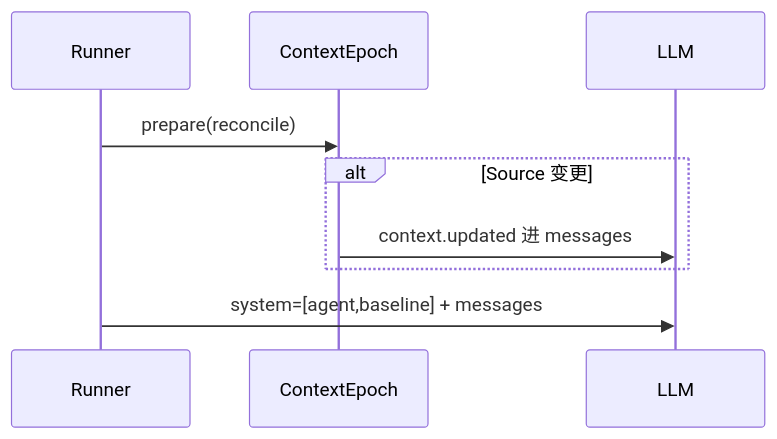
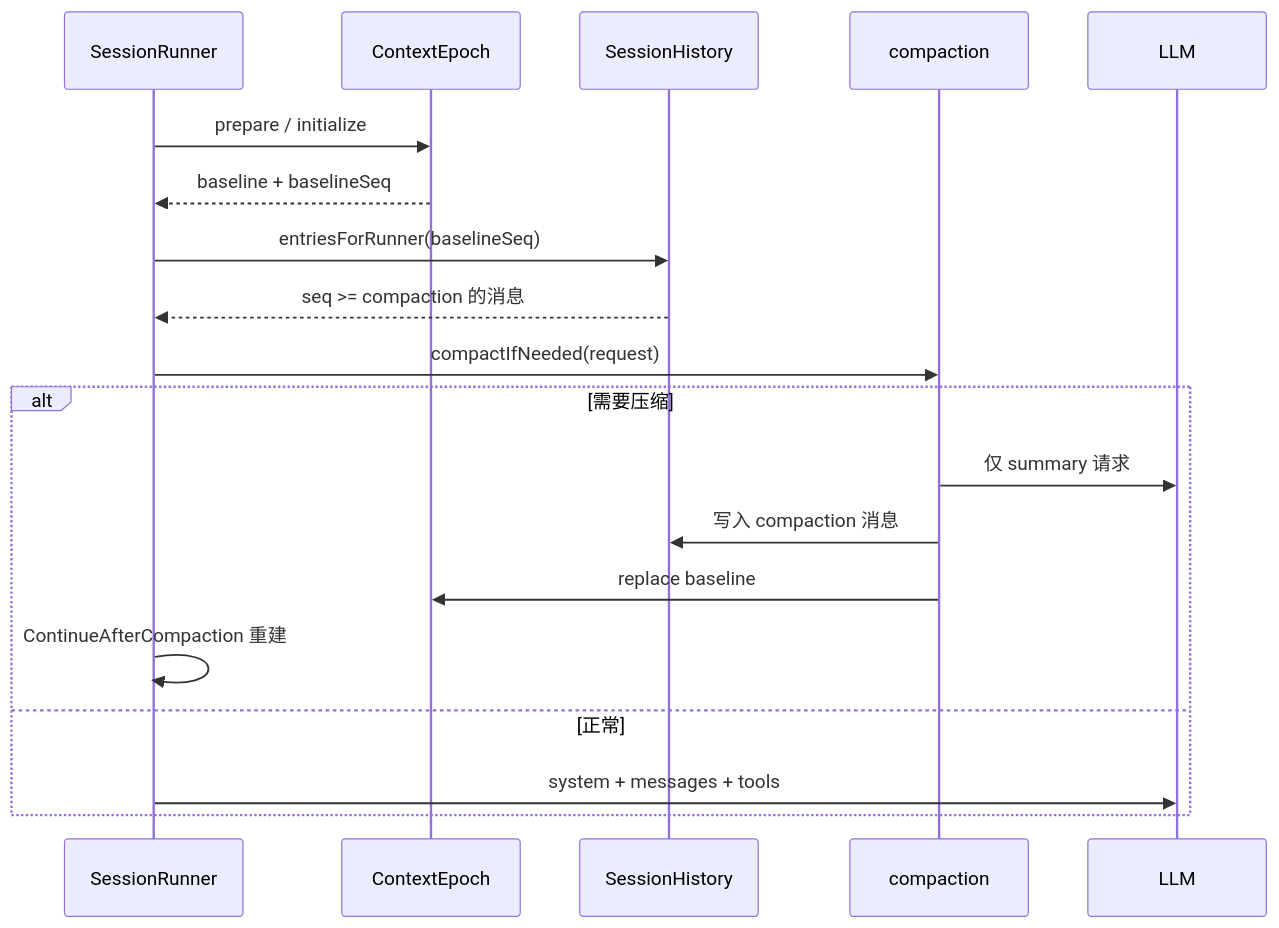
Diagram 13 of 14 in frontier-apps/opencode-note.md (JunfengRan/Learning), drawn with Mermaid before and after one commit. The commit also changed other lines of this file, not shown here.

Commit message:
深化 OpenCode 笔记 Compaction/Prune 机制说明，补充 V1 三层管线、V2 截断策略与 FAQ。

````diff
--- a/frontier-apps/opencode-note.md
+++ b/frontier-apps/opencode-note.md
@@ -437,12 +598,22 @@
 ```mermaid
 sequenceDiagram
-  participant Runner
+  participant Runner as SessionRunner
   participant Epoch as ContextEpoch
+  participant Hist as SessionHistory
+  participant Compact as compaction
   participant LLM
 
-  Runner->>Epoch: prepare(reconcile)
-  alt Source 变更
-    Epoch->>LLM: context.updated 进 messages
+  Runner->>Epoch: prepare / initialize
+  Epoch-->>Runner: baseline + baselineSeq
+  Runner->>Hist: entriesForRunner(baselineSeq)
+  Hist-->>Runner: seq >= compaction 的消息
+  Runner->>Compact: compactIfNeeded(request)
+  alt 需要压缩
+    Compact->>LLM: 仅 summary 请求
+    Compact->>Hist: 写入 compaction 消息
+    Compact->>Epoch: replace baseline
+    Runner->>Runner: ContinueAfterCompaction 重建
+  else 正常
+    Runner->>LLM: system + messages + tools
   end
-  Runner->>LLM: system=[agent,baseline] + messages
 ```
````
